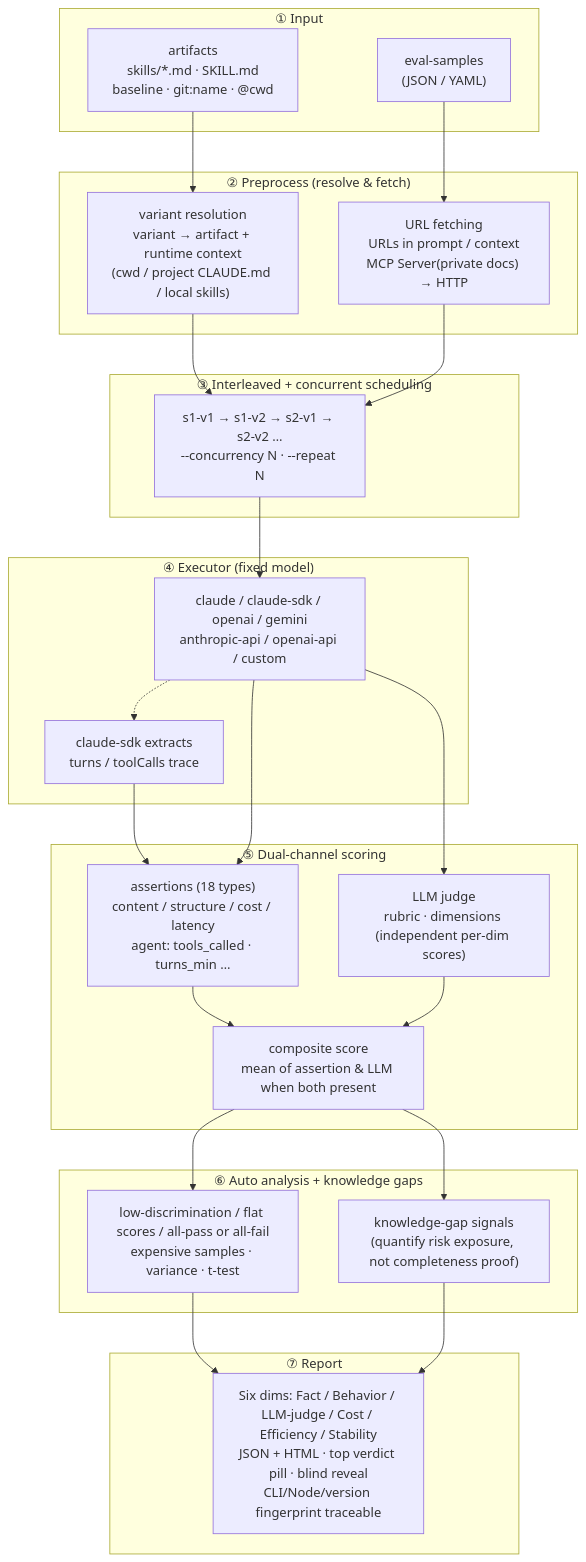
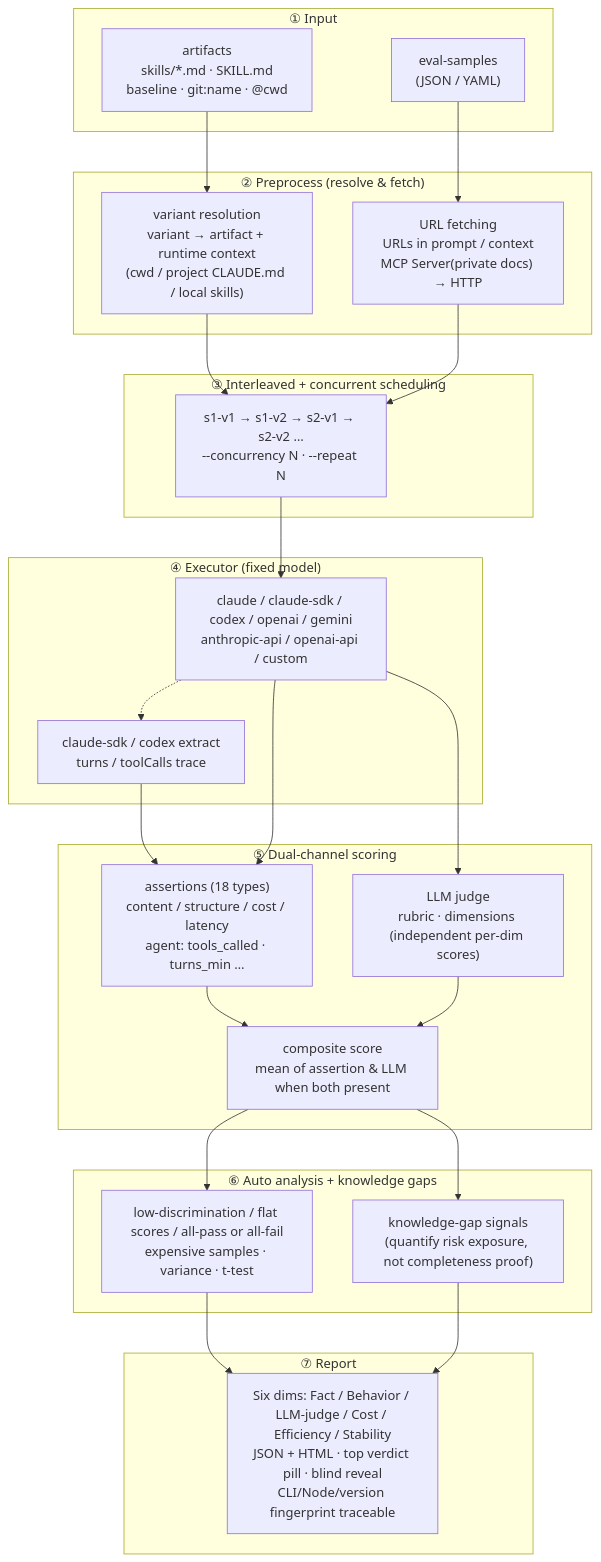
The diagram in README.md (lizhiyao/oh-my-knowledge), drawn with Mermaid before and after one commit. The commit also changed other lines of this file and 3 other files, not shown here.

````diff
--- a/README.md
+++ b/README.md
@@ -121,52 +121,52 @@
 ```mermaid
 flowchart TD
     subgraph Input["① Input"]
         S["eval-samples<br/>(JSON / YAML)"]
         A["artifacts<br/>skills/*.md · SKILL.md<br/>baseline · git:name · @cwd"]
     end
 
     subgraph Prep["② Preprocess (resolve & fetch)"]
         V["variant resolution<br/>variant → artifact + runtime context<br/>(cwd / project CLAUDE.md / local skills)"]
         U["URL fetching<br/>URLs in prompt / context<br/>MCP Server(private docs) → HTTP"]
     end
 
     subgraph Schedule["③ Interleaved + concurrent scheduling"]
         Q["s1-v1 → s1-v2 → s2-v1 → s2-v2 …<br/>--concurrency N · --repeat N"]
     end
 
     subgraph Exec["④ Executor (fixed model)"]
-        E["claude / claude-sdk / openai / gemini<br/>anthropic-api / openai-api / custom"]
-        T["claude-sdk extracts<br/>turns / toolCalls trace"]
+        E["claude / claude-sdk / codex / openai / gemini<br/>anthropic-api / openai-api / custom"]
+        T["claude-sdk / codex extract<br/>turns / toolCalls trace"]
         E -.-> T
     end
 
     subgraph Score["⑤ Dual-channel scoring"]
         AS["assertions (18 types)<br/>content / structure / cost / latency<br/>agent: tools_called · turns_min …"]
         LS["LLM judge<br/>rubric · dimensions (independent per-dim scores)"]
         CS["composite score<br/>mean of assertion & LLM when both present"]
         AS --> CS
         LS --> CS
     end
 
     subgraph Analyze["⑥ Auto analysis + knowledge gaps"]
         D["low-discrimination / flat scores / all-pass or all-fail<br/>expensive samples · variance · t-test"]
         G["knowledge-gap signals<br/>(quantify risk exposure, not completeness proof)"]
     end
 
     subgraph Report["⑦ Report"]
         R["Six dims: Fact / Behavior / LLM-judge / Cost / Efficiency / Stability<br/>JSON + HTML · top verdict pill · blind reveal<br/>CLI/Node/version fingerprint traceable"]
     end
 
     S --> U
     A --> V
     V --> Q
     U --> Q
     Q --> E
     T --> AS
     E --> AS
     E --> LS
     CS --> D
     CS --> G
     D --> R
     G --> R
 ```
````
